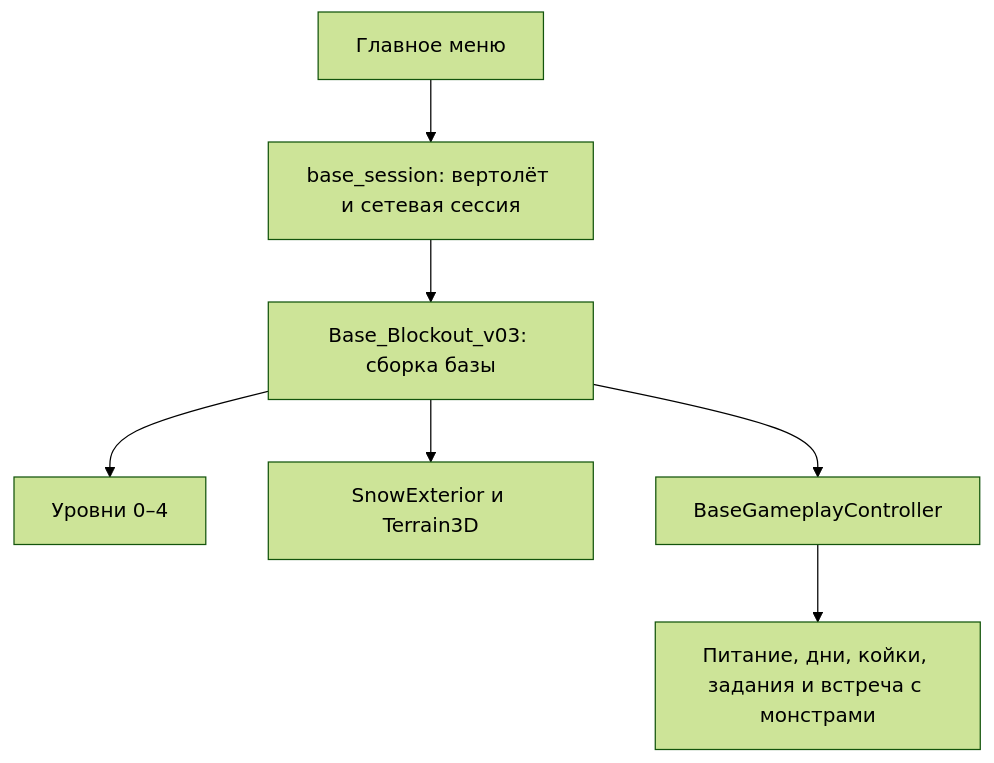
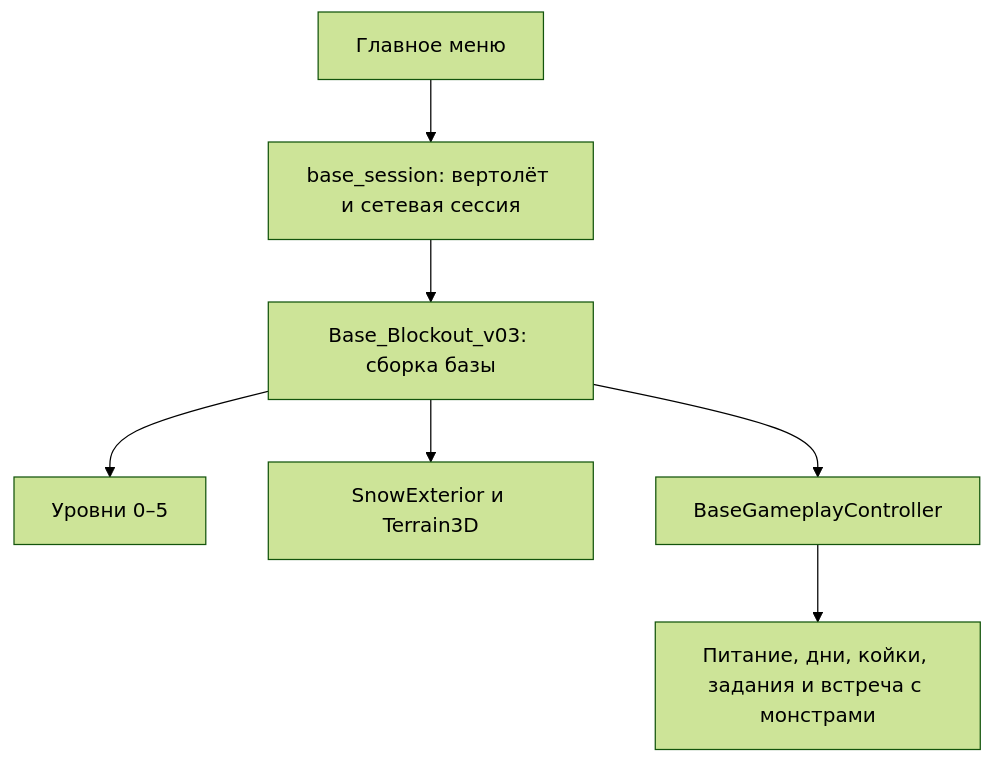
The diagram in docs/architecture.md (soda0704/ZSodaG), drawn with Mermaid (forest theme) before and after one commit. The commit also changed 50 other files, not shown here.

````diff
--- a/docs/architecture.md
+++ b/docs/architecture.md
@@ -5,9 +5,9 @@
 ```mermaid
 flowchart TD
     Menu[Главное меню] --> Session[base_session: вертолёт и сетевая сессия]
     Session --> Base[Base_Blockout_v03: сборка базы]
-    Base --> Floors[Уровни 0–4]
+    Base --> Floors[Уровни 0–5]
     Base --> Exterior[SnowExterior и Terrain3D]
     Base --> State[BaseGameplayController]
     State --> Systems[Питание, дни, койки, задания и встреча с монстрами]
 ```
````
